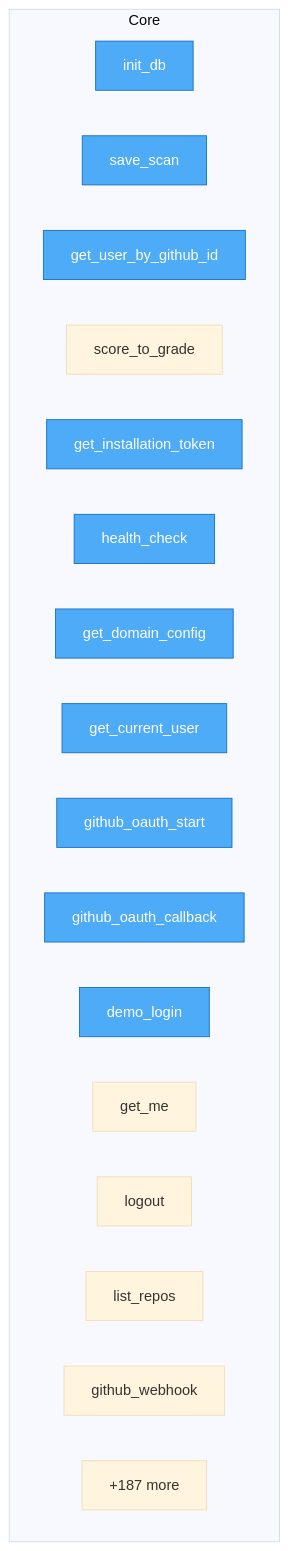
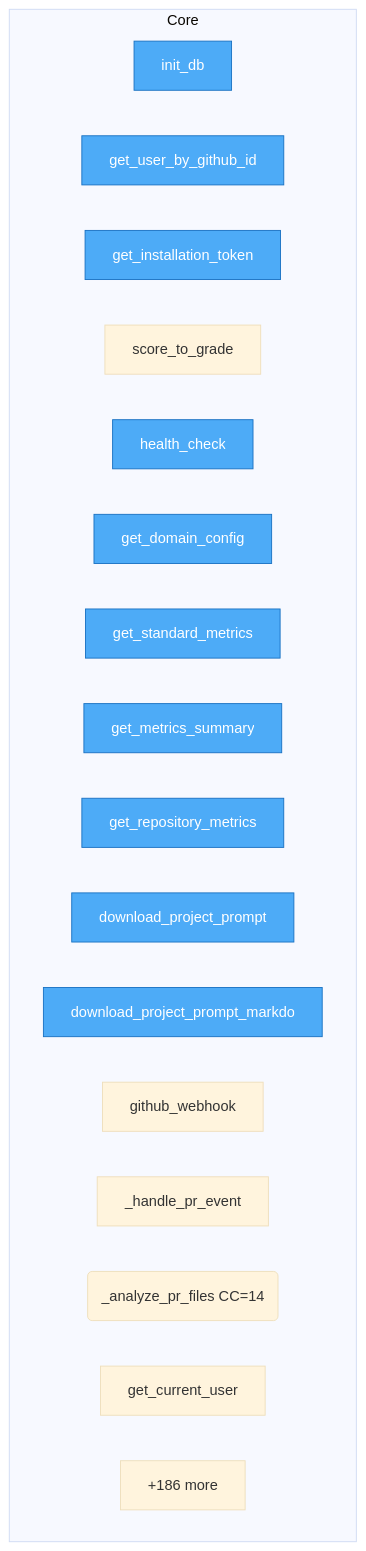
One commit to semcod/www changed the diagram in project/flow.mmd. Above: the diagram before and after it, drawn with Mermaid (base theme). The commit also changed 46 other files, not shown here.

```diff
--- a/project/flow.mmd
+++ b/project/flow.mmd
@@ -1,25 +1,25 @@
 flowchart TD
 
     %% Entry points (blue)
     classDef entry fill:#4dabf7,stroke:#1971c2,color:#fff
 
     subgraph Core
         backend__database__init_db["init_db"]
-        backend__database__save_scan["save_scan"]
         backend__database__get_user_by_github_id["get_user_by_github_id"]
+        backend__services__github_client__get_installation_token["get_installation_token"]
         backend__services__scoring__score_to_grade["score_to_grade"]
-        backend__services__github_client__get_installation_token["get_installation_token"]
         backend__routers__system__health_check["health_check"]
         backend__routers__system__get_domain_config["get_domain_config"]
+        backend__routers__metrics__get_standard_metrics["get_standard_metrics"]
+        backend__routers__metrics__get_metrics_summary["get_metrics_summary"]
+        backend__routers__metrics__get_repository_metrics["get_repository_metrics"]
+        backend__routers__metrics__download_project_prompt["download_project_prompt"]
+        backend__routers__metrics__download_project_prompt_markdown["download_project_prompt_markdo"]
+        backend__routers__webhook__github_webhook["github_webhook"]
+        backend__routers__webhook___handle_pr_event["_handle_pr_event"]
+        backend__routers__webhook___analyze_pr_files("_analyze_pr_files CC=14")
         backend__routers__auth__get_current_user["get_current_user"]
-        backend__routers__auth__github_oauth_start["github_oauth_start"]
-        backend__routers__auth__github_oauth_callback["github_oauth_callback"]
-        backend__routers__auth__demo_login["demo_login"]
-        backend__routers__auth__get_me["get_me"]
-        backend__routers__auth__logout["logout"]
-        backend__routers__auth__list_repos["list_repos"]
-        backend__routers__webhook__github_webhook["github_webhook"]
-        ...["+187 more"]
+        ...["+186 more"]
     end
 
-    class backend__database__init_db,backend__database__save_scan,backend__database__get_user_by_github_id,backend__services__github_client__get_installation_token,backend__routers__system__health_check,backend__routers__system__get_domain_config,backend__routers__auth__get_current_user,backend__routers__auth__github_oauth_start,backend__routers__auth__github_oauth_callback,backend__routers__auth__demo_login entry
+    class backend__database__init_db,backend__database__get_user_by_github_id,backend__services__github_client__get_installation_token,backend__routers__system__health_check,backend__routers__system__get_domain_config,backend__routers__metrics__get_standard_metrics,backend__routers__metrics__get_metrics_summary,backend__routers__metrics__get_repository_metrics,backend__routers__metrics__download_project_prompt,backend__routers__metrics__download_project_prompt_markdown entry
```
